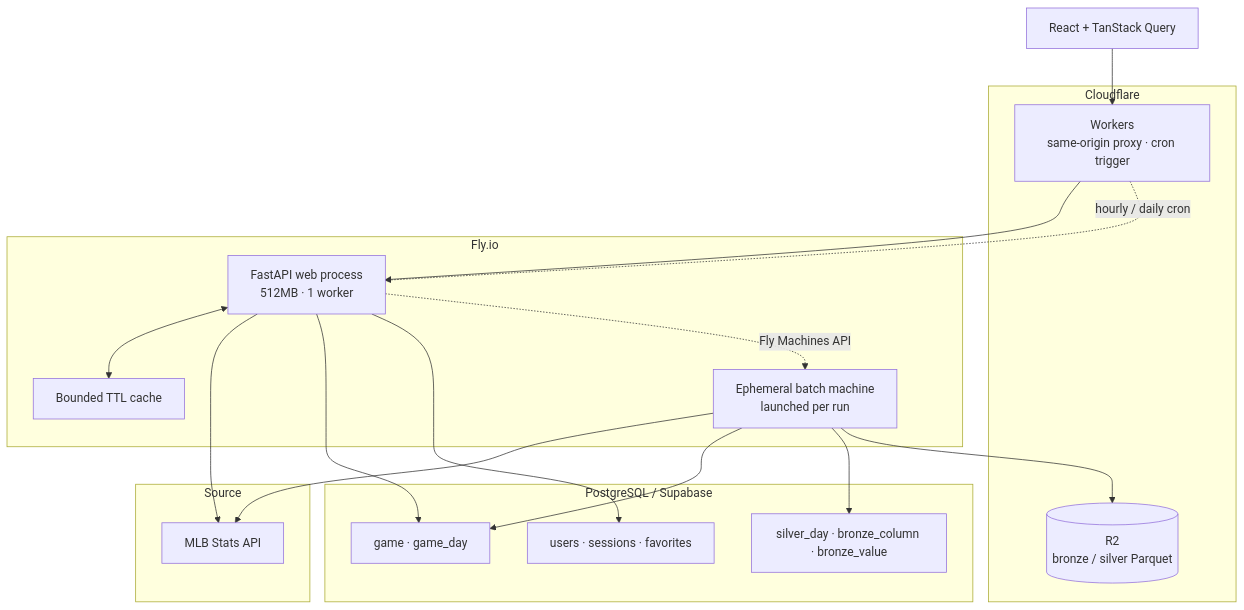
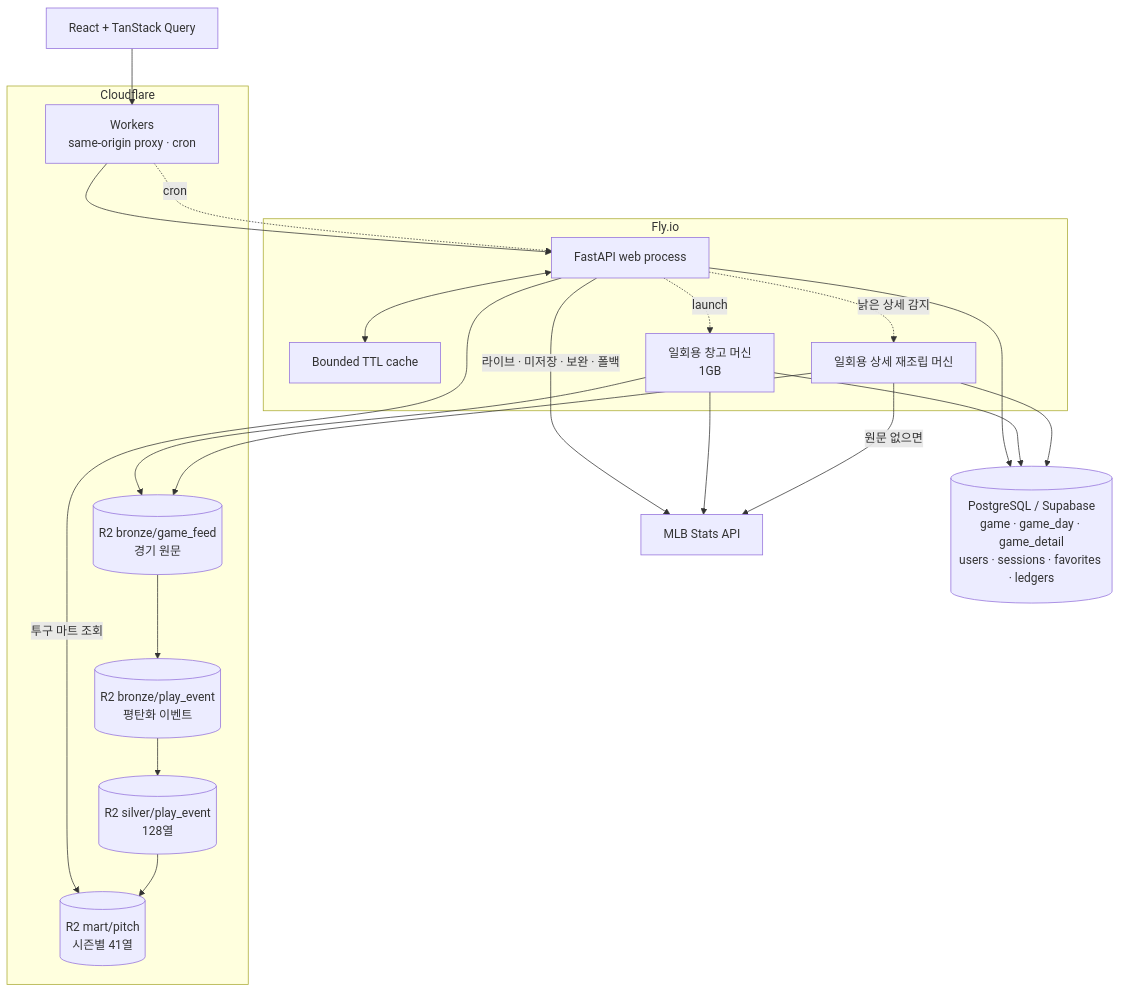
The first of 2 diagrams in docs/architecture.md (cow-coding/sport-data-hub-showcase), drawn with Mermaid before and after one commit. The commit also changed other lines of this file and 8 other files, not shown here.

````diff
--- a/docs/architecture.md
+++ b/docs/architecture.md
@@ -7,36 +9,34 @@
 ```mermaid
 flowchart TB
-    subgraph Source
-        MLB[MLB Stats API]
+    MLB[MLB Stats API]
+    React[React + TanStack Query]
+    subgraph Cloudflare
+        Worker[Workers<br/>same-origin proxy · cron]
+        Feed[(R2 bronze/game_feed<br/>경기 원문)]
+        Events[(R2 bronze/play_event<br/>평탄화 이벤트)]
+        Silver[(R2 silver/play_event<br/>128열)]
+        Mart[(R2 mart/pitch<br/>시즌별 41열)]
     end
-
-    subgraph Cloudflare
-        Worker[Workers<br/>same-origin proxy · cron trigger]
-        R2[(R2<br/>bronze / silver Parquet)]
+    subgraph Fly["Fly.io"]
+        API[FastAPI web process]
+        Cache[Bounded TTL cache]
+        Job[일회용 창고 머신<br/>1GB]
+        Rebuild[일회용 상세 재조립 머신]
     end
-
-    subgraph Fly["Fly.io"]
-        API[FastAPI web process<br/>512MB · 1 worker]
-        Cache[Bounded TTL cache]
-        Job[Ephemeral batch machine<br/>launched per run]
-    end
-
-    subgraph Postgres["PostgreSQL / Supabase"]
-        Games[game · game_day]
-        Users[users · sessions · favorites]
-        Ledger[silver_day · bronze_column · bronze_value]
-    end
-
-    React[React + TanStack Query] --> Worker --> API
+    PG[(PostgreSQL / Supabase<br/>game · game_day · game_detail<br/>users · sessions · favorites · ledgers)]
+    React --> Worker --> API
     API <--> Cache
-    API --> MLB
-    API --> Games
-    API --> Users
-
-    Worker -.hourly / daily cron.-> API
-    API -.Fly Machines API.-> Job
+    API --> PG
+    API -->|투구 마트 조회| Mart
+    API -->|라이브 · 미저장 · 보완 · 폴백| MLB
+    Worker -.cron.-> API
+    API -.launch.-> Job
+    API -.낡은 상세 감지.-> Rebuild
     Job --> MLB
-    Job --> Games
-    Job --> Ledger
-    Job --> R2
+    Job --> Feed
+    Feed --> Events --> Silver --> Mart
+    Job --> PG
+    Rebuild --> Feed
+    Rebuild -->|원문 없으면| MLB
+    Rebuild --> PG
 ```
````
